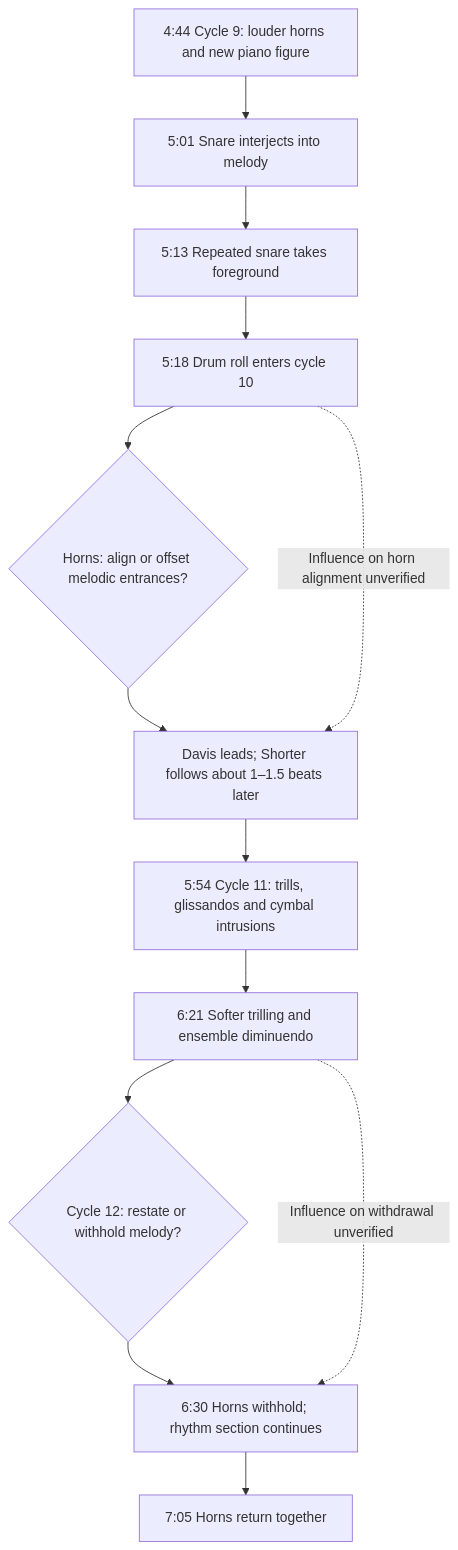
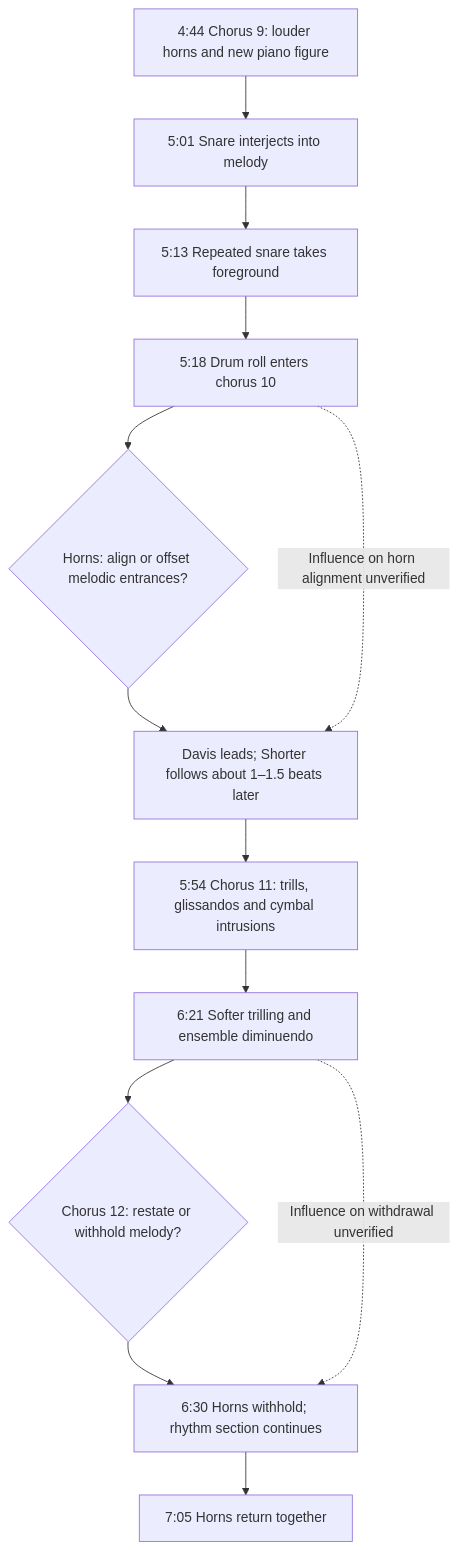
The diagram in mermaid/03-late.md (einbahnstrasse/nefertiti-analysis), drawn with Mermaid before and after one commit. The commit also changed other lines of this file and 27 other files, not shown here.

````diff
--- a/mermaid/03-late.md
+++ b/mermaid/03-late.md
@@ -9,15 +9,15 @@
 ```mermaid
 flowchart TD
- A["4:44 Cycle 9: louder horns and new piano figure"] --> B["5:01 Snare interjects into melody"]
+ A["4:44 Chorus 9: louder horns and new piano figure"] --> B["5:01 Snare interjects into melody"]
  B --> C["5:13 Repeated snare takes foreground"]
- C --> D["5:18 Drum roll enters cycle 10"]
+ C --> D["5:18 Drum roll enters chorus 10"]
  D --> E{"Horns: align or offset melodic entrances?"}
  E --> F["Davis leads; Shorter follows about 1–1.5 beats later"]
- F --> G["5:54 Cycle 11: trills, glissandos and cymbal intrusions"]
+ F --> G["5:54 Chorus 11: trills, glissandos and cymbal intrusions"]
  G --> H["6:21 Softer trilling and ensemble diminuendo"]
- H --> I{"Cycle 12: restate or withhold melody?"}
+ H --> I{"Chorus 12: restate or withhold melody?"}
  I --> J["6:30 Horns withhold; rhythm section continues"]
  J --> K["7:05 Horns return together"]
  D -. "Influence on horn alignment unverified" .-> F
  H -. "Influence on withdrawal unverified" .-> J
 ```
````
